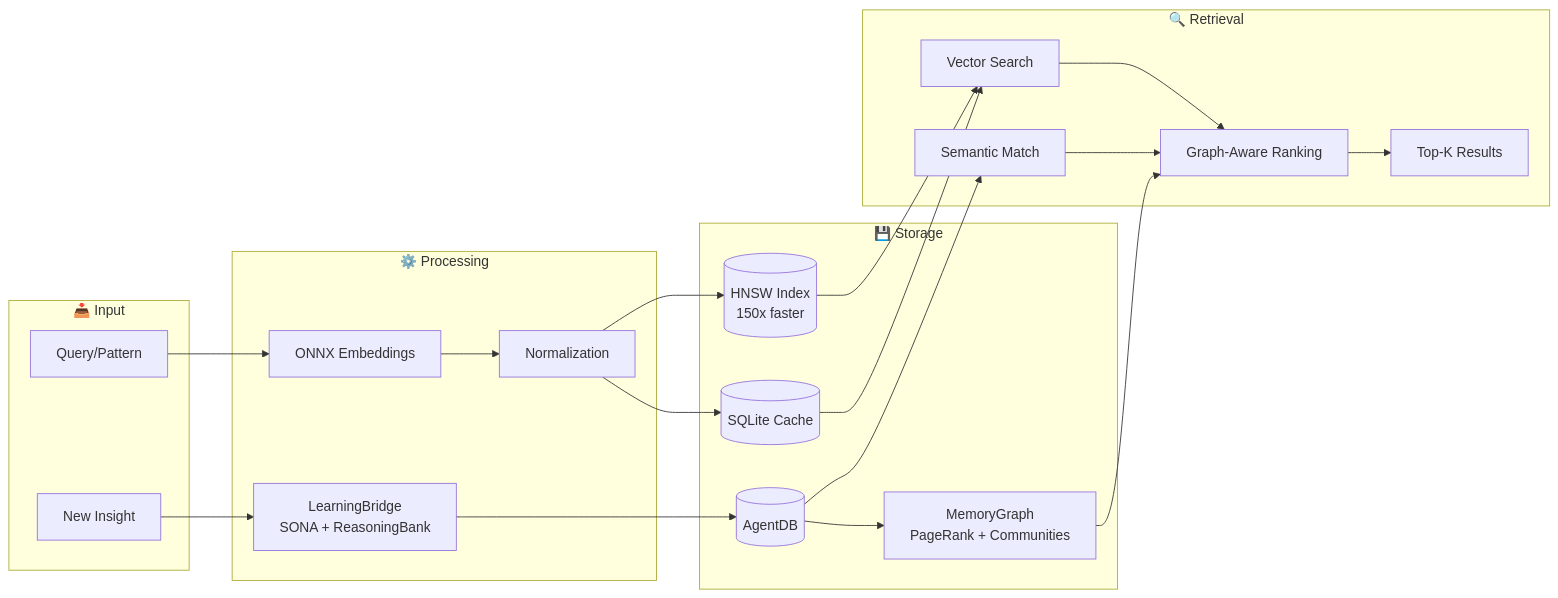
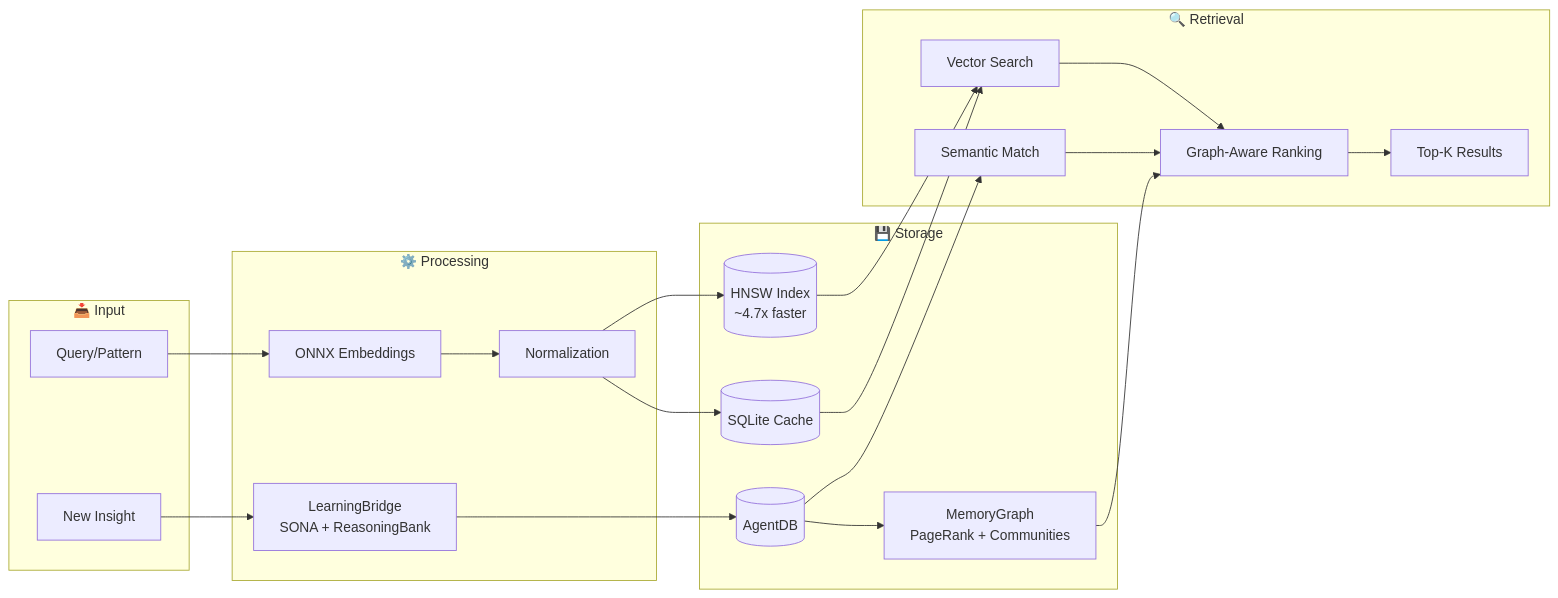
One commit to JannieP/rufflo changed the fourth of 6 diagrams in docs/USERGUIDE.md. Above: the diagram before and after it, drawn with Mermaid. The commit also changed other lines of this file and 145 other files, not shown here.

````diff
--- a/docs/USERGUIDE.md
+++ b/docs/USERGUIDE.md
@@ -1044,42 +1044,42 @@
 ```mermaid
 flowchart LR
     subgraph Input["📥 Input"]
         Query[Query/Pattern]
         Insight[New Insight]
     end
 
     subgraph Processing["⚙️ Processing"]
         Embed[ONNX Embeddings]
         Normalize[Normalization]
         Learn[LearningBridge<br/>SONA + ReasoningBank]
     end
 
     subgraph Storage["💾 Storage"]
-        HNSW[(HNSW Index<br/>150x faster)]
+        HNSW[(HNSW Index<br/>~4.7x faster)]
         SQLite[(SQLite Cache)]
         AgentDB[(AgentDB)]
         Graph[MemoryGraph<br/>PageRank + Communities]
     end
 
     subgraph Retrieval["🔍 Retrieval"]
         Vector[Vector Search]
         Semantic[Semantic Match]
         Rank[Graph-Aware Ranking]
         Results[Top-K Results]
     end
 
     Query --> Embed
     Embed --> Normalize
     Normalize --> HNSW
     Normalize --> SQLite
     Insight --> Learn
     Learn --> AgentDB
     AgentDB --> Graph
     HNSW --> Vector
     SQLite --> Vector
     AgentDB --> Semantic
     Vector --> Rank
     Semantic --> Rank
     Graph --> Rank
     Rank --> Results
 ```
````
